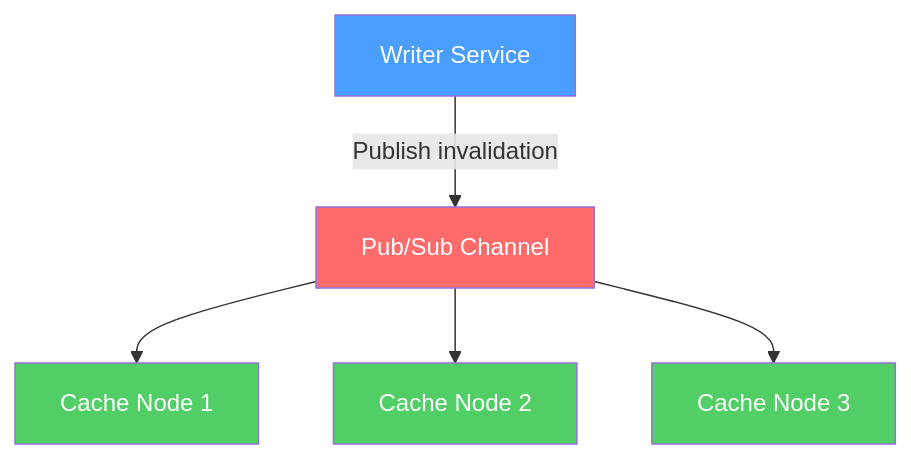
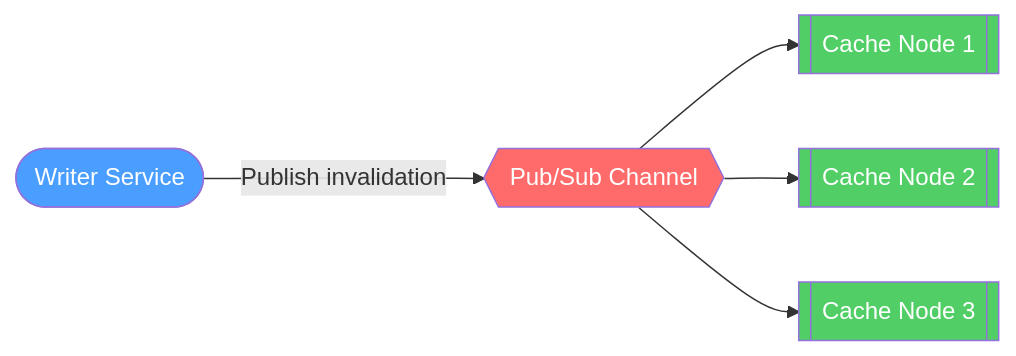
Before and after one commit to saivamsikaruturi/vamsilabs-dev-notes-main: the seventh of 11 diagrams in docs/distributedCaching.md, drawn with Mermaid. The commit also changed other lines of this file and 146 other files, not shown here.

Commit message:
Horizontal diagrams, UML class diagrams, typography overhaul, and permalink cleanup

````diff
--- a/docs/distributedCaching.md
+++ b/docs/distributedCaching.md
@@ -208,13 +208,13 @@
 ```mermaid
-flowchart TD
-    A[Writer Service] -->|Publish invalidation| B[Pub/Sub Channel]
-    B --> C[Cache Node 1]
-    B --> D[Cache Node 2]
-    B --> E[Cache Node 3]
+flowchart LR
+    A(["Writer Service"]) -->|Publish invalidation| B{{"Pub/Sub Channel"}}
+    B --> C[["Cache Node 1"]]
+    B --> D[["Cache Node 2"]]
+    B --> E[["Cache Node 3"]]
 
     style A fill:#4a9eff,color:#fff
     style B fill:#ff6b6b,color:#fff
     style C fill:#51cf66,color:#fff
     style D fill:#51cf66,color:#fff
     style E fill:#51cf66,color:#fff
 ```
````
